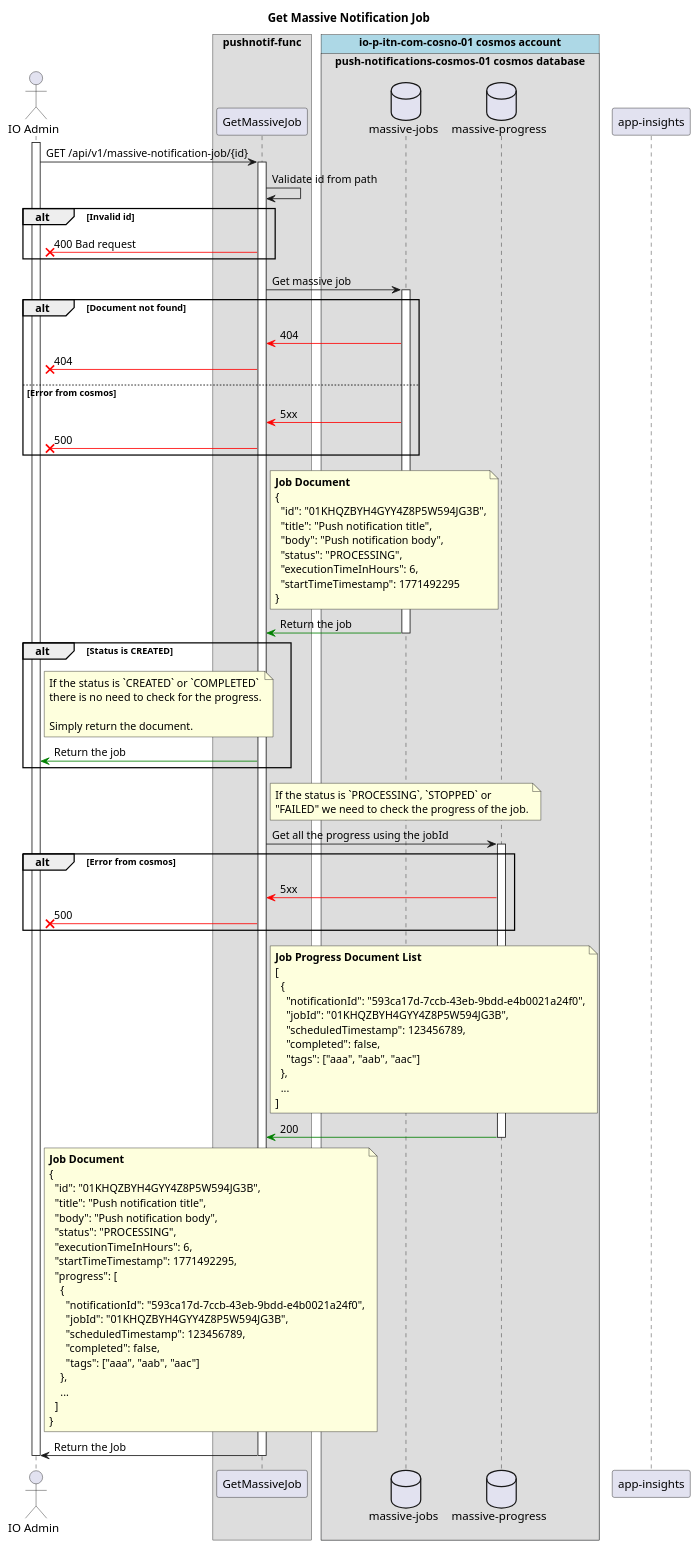
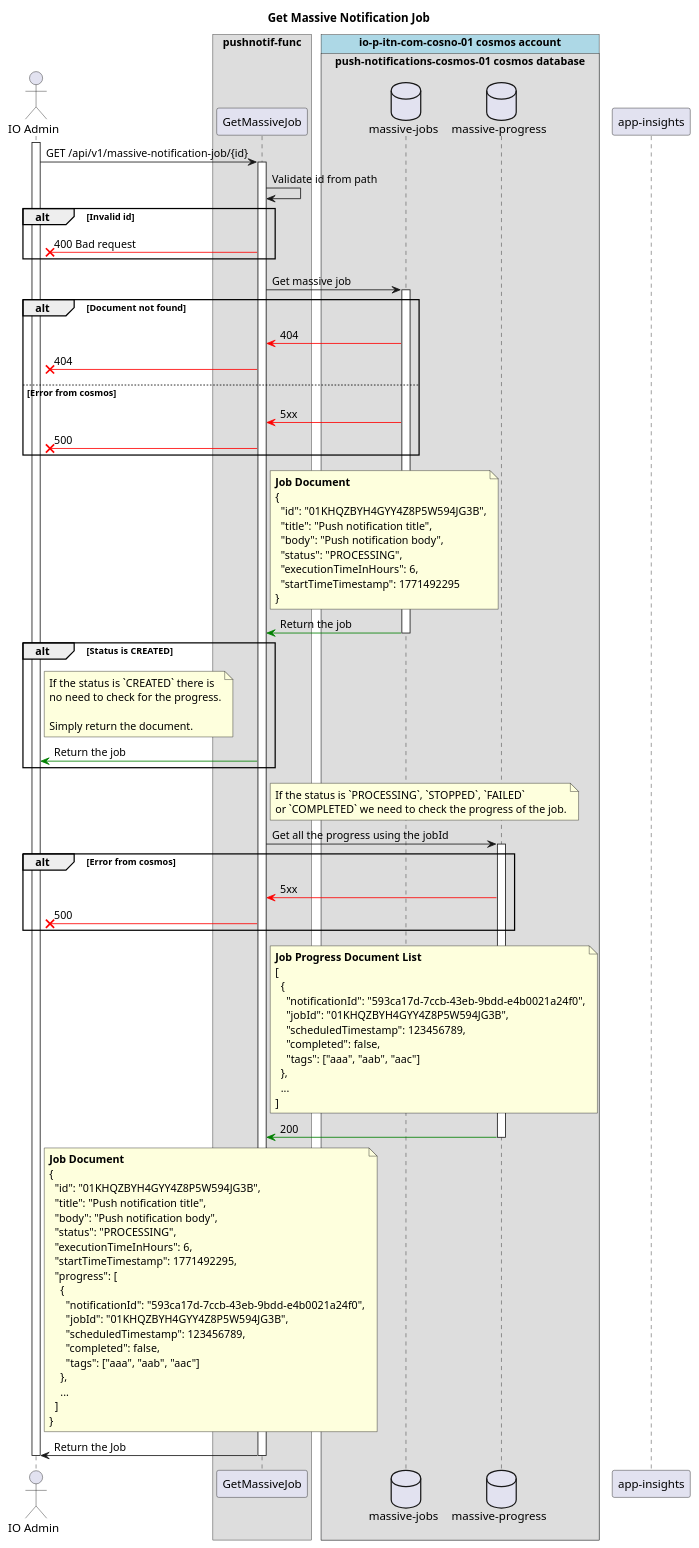
Before and after one commit to pagopa/io-messages: the diagram in apps/pushnotif-func/docs/puml/get-massive-job.puml, drawn with PlantUML. The commit also changed 3 other files, not shown here.

First line of the commit message:
Update GetMassiveJob to return progress when status is COMPLETED

```diff
--- a/apps/pushnotif-func/docs/puml/get-massive-job.puml
+++ b/apps/pushnotif-func/docs/puml/get-massive-job.puml
@@ -1,121 +1,121 @@
 @startuml
 
 title Get Massive Notification Job
 
 actor "IO Admin" as admin
 
 box "pushnotif-func"
   participant "GetMassiveJob" as gmj
 end box
 
 
 !pragma teoz true
 box "io-p-itn-com-cosno-01 cosmos account" #LightBlue
   box "push-notifications-cosmos-01 cosmos database"
     database "massive-jobs" as mj
     database "massive-progress" as mjp
   end box
 end box
 
 participant "app-insights" as ai
 
 activate admin
 admin -> gmj : GET /api/v1/massive-notification-job/{id}
 activate gmj
 
 gmj -> gmj : Validate id from path
 
 alt Invalid id
   gmj -[#red]x admin : 400 Bad request
 end
 
 gmj -> mj : Get massive job
 activate mj
 
 alt Document not found
   mj -[#red]> gmj : 404
   gmj -[#red]x admin : 404
 else Error from cosmos
   mj -[#red]> gmj : 5xx
   gmj -[#red]x admin : 500
 end
 
 note right of gmj
   **Job Document**
   {
     "id": "01KHQZBYH4GYY4Z8P5W594JG3B",
     "title": "Push notification title",
     "body": "Push notification body",
     "status": "PROCESSING",
     "executionTimeInHours": 6,
     "startTimeTimestamp": 1771492295
   }
 end note
 mj -[#green]> gmj : Return the job
 deactivate mj
 
 alt Status is CREATED
   note right of admin
-    If the status is `CREATED` or `COMPLETED`
-    there is no need to check for the progress.
+    If the status is `CREATED` there is
+    no need to check for the progress.
 
     Simply return the document.
   end note
   gmj -[#green]> admin : Return the job
 end
 
 note right of gmj
-  If the status is `PROCESSING`, `STOPPED` or
-  "FAILED" we need to check the progress of the job.
+  If the status is `PROCESSING`, `STOPPED`, `FAILED`
+  or `COMPLETED` we need to check the progress of the job.
 end note
 
 gmj -> mjp : Get all the progress using the jobId
 activate mjp
 alt Error from cosmos
   mjp -[#red]> gmj : 5xx
   gmj -[#red]x admin : 500
 end
 
 note right of gmj
   **Job Progress Document List**
   [
     {
       "notificationId": "593ca17d-7ccb-43eb-9bdd-e4b0021a24f0",
       "jobId": "01KHQZBYH4GYY4Z8P5W594JG3B",
       "scheduledTimestamp": 123456789,
       "completed": false,
       "tags": ["aaa", "aab", "aac"]
     },
     ...
   ]
 end note
 mjp -[#green]> gmj : 200
 deactivate mjp
 
 note right of admin
   **Job Document**
   {
     "id": "01KHQZBYH4GYY4Z8P5W594JG3B",
     "title": "Push notification title",
     "body": "Push notification body",
     "status": "PROCESSING",
     "executionTimeInHours": 6,
     "startTimeTimestamp": 1771492295,
     "progress": [
       {
         "notificationId": "593ca17d-7ccb-43eb-9bdd-e4b0021a24f0",
         "jobId": "01KHQZBYH4GYY4Z8P5W594JG3B",
         "scheduledTimestamp": 123456789,
         "completed": false,
         "tags": ["aaa", "aab", "aac"]
       },
       ...
     ]
   }
 end note
 gmj -> admin : Return the Job
 
 deactivate gmj
 deactivate admin
 
 @enduml
```
